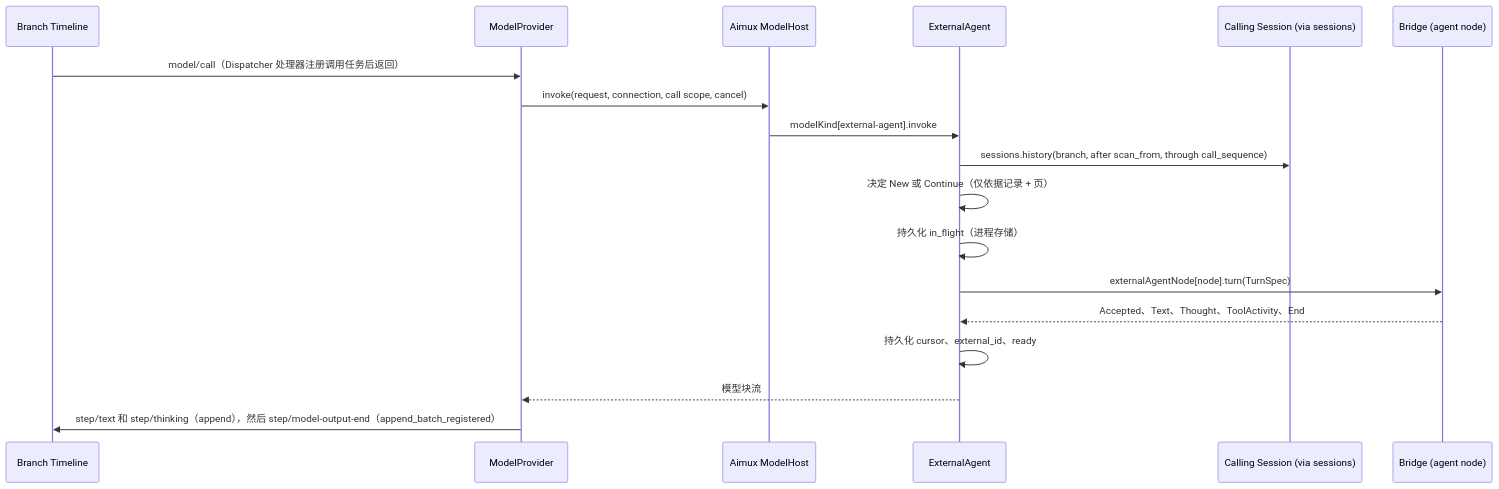
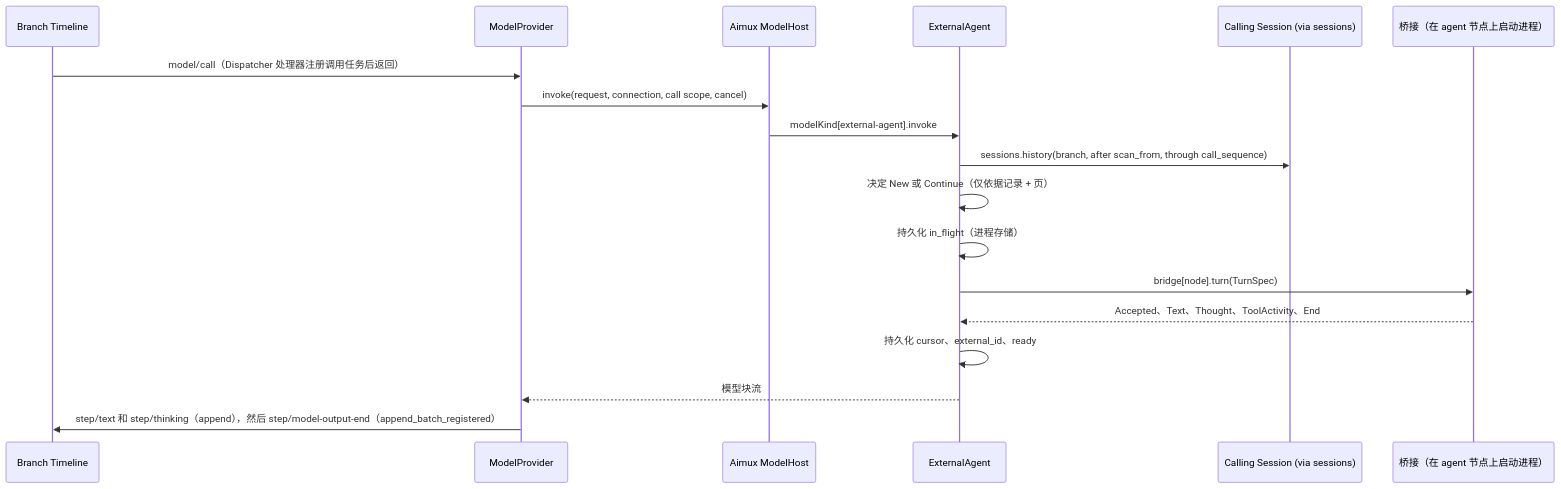
Before and after one commit to CoutinhoTTS/dim-agent: the third of 5 diagrams in docs/zh/design/plugins/ExternalAgent.md, drawn with Mermaid. The commit also changed other lines of this file and 42 other files, not shown here.

````diff
--- a/docs/zh/design/plugins/ExternalAgent.md
+++ b/docs/zh/design/plugins/ExternalAgent.md
@@ -95,20 +94,20 @@
 ```mermaid
 sequenceDiagram
   participant TL as Branch Timeline
   participant MP as ModelProvider
   participant MH as Aimux ModelHost
   participant EA as ExternalAgent
   participant SA as Calling Session (via sessions)
-  participant BR as Bridge (agent node)
+  participant BR as 桥接（在 agent 节点上启动进程）
   TL->>MP: model/call（Dispatcher 处理器注册调用任务后返回）
   MP->>MH: invoke(request, connection, call scope, cancel)
   MH->>EA: modelKind[external-agent].invoke
   EA->>SA: sessions.history(branch, after scan_from, through call_sequence)
   EA->>EA: 决定 New 或 Continue（仅依据记录 + 页）
   EA->>EA: 持久化 in_flight（进程存储）
-  EA->>BR: externalAgentNode[node].turn(TurnSpec)
+  EA->>BR: bridge[node].turn(TurnSpec)
   BR-->>EA: Accepted、Text、Thought、ToolActivity、End
   EA->>EA: 持久化 cursor、external_id、ready
   EA-->>MP: 模型块流
   MP->>TL: step/text 和 step/thinking（append），然后 step/model-output-end（append_batch_registered）
 ```
````
